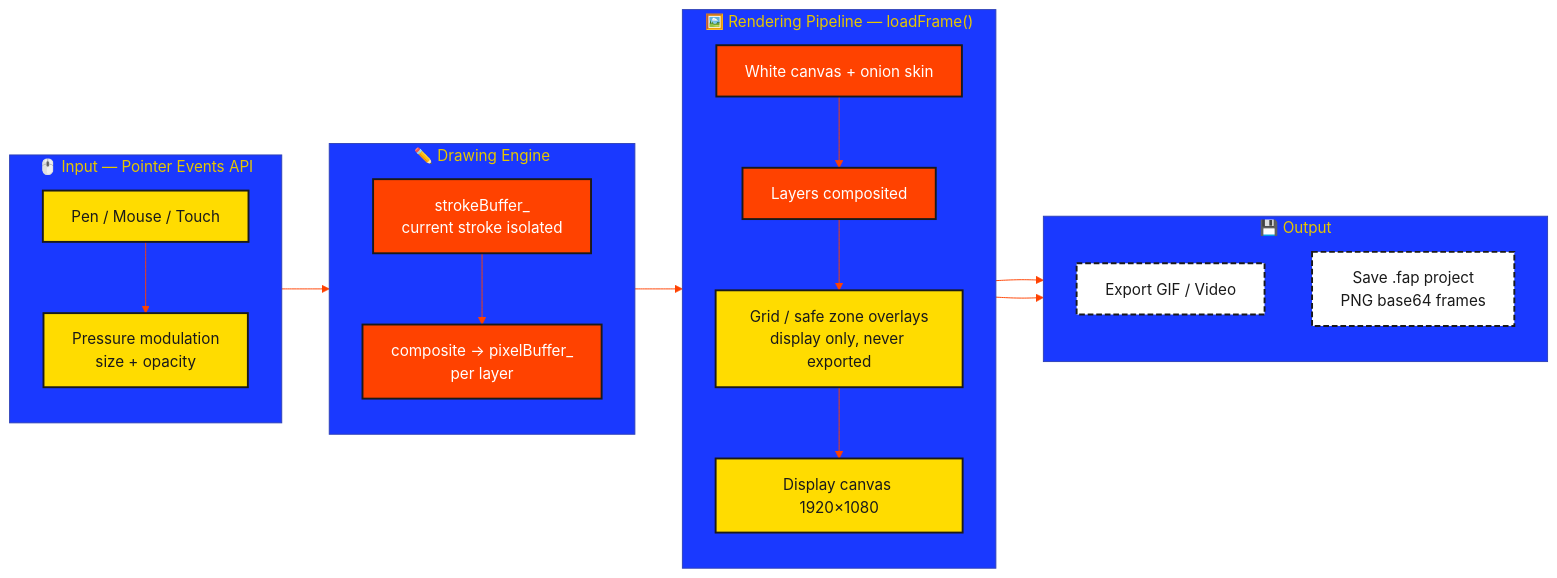
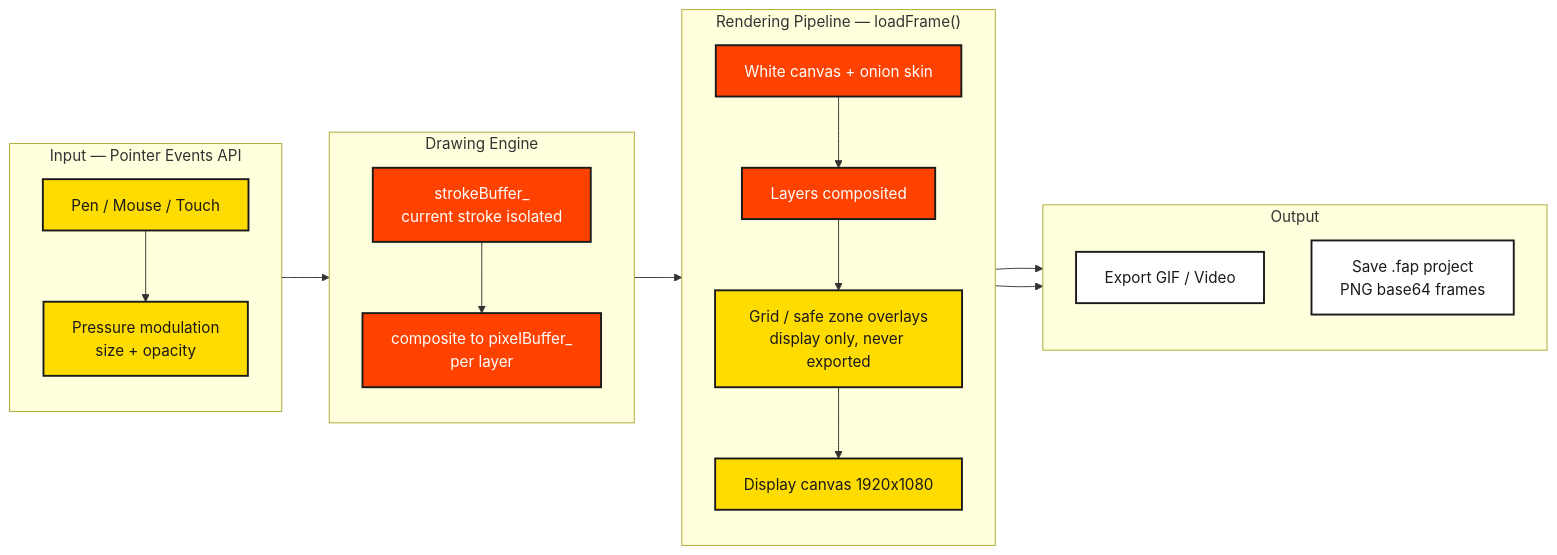
The diagram in README.md (freeanimationpower/FAP_PC_WEB_VERSION), drawn with Mermaid before and after one commit.

Commit message:
Fix mermaid syntax for GitHub renderer

````diff
--- a/README.md
+++ b/README.md
@@ -97,37 +97,36 @@
 ```mermaid
 flowchart LR
-%%{init: {'theme': 'base', 'themeVariables': {'primaryColor': '#ffdc00', 'primaryBorderColor': '#1a1a1a', 'primaryTextColor': '#1a1a1a', 'lineColor': '#ff4200', 'fontFamily': 'Segoe UI'}}}%%
     classDef ui fill:#ffdc00,stroke:#1a1a1a,color:#1a1a1a,stroke-width:2px;
     classDef engine fill:#ff4200,stroke:#1a1a1a,color:#ffffff,stroke-width:2px;
     classDef data fill:#1a1a1a,stroke:#ff4200,color:#ffffff,stroke-width:2px;
-    classDef ext fill:#ffffff,stroke:#1a1a1a,color:#1a1a1a,stroke-width:2px,stroke-dasharray:6 3;
-        subgraph IN["🖱️ Input — Pointer Events API"]
+    classDef ext fill:#ffffff,stroke:#1a1a1a,color:#1a1a1a,stroke-width:2px;
+        subgraph IN["Input — Pointer Events API"]
             direction TB
             PEN["Pen / Mouse / Touch"]
             PRS["Pressure modulation<br/>size + opacity"]
         end
-        subgraph DRAW["✏️ Drawing Engine"]
+        subgraph DRAW["Drawing Engine"]
             direction TB
             STB["strokeBuffer_<br/>current stroke isolated"]
-            CMP["composite → pixelBuffer_<br/>per layer"]
+            CMP["composite to pixelBuffer_<br/>per layer"]
         end
-        subgraph PIPE["🖼️ Rendering Pipeline — loadFrame()"]
+        subgraph PIPE["Rendering Pipeline — loadFrame()"]
             direction TB
             ONI["White canvas + onion skin"]
             LYR["Layers composited"]
             OVL["Grid / safe zone overlays<br/>display only, never exported"]
-            DSP["Display canvas 1920×1080"]
+            DSP["Display canvas 1920x1080"]
         end
-        subgraph IOF["💾 Output"]
+        subgraph IOF["Output"]
             direction TB
             EXP["Export GIF / Video"]
             SAV["Save .fap project<br/>PNG base64 frames"]
         end
         PEN --> PRS --> STB --> CMP --> ONI --> LYR --> OVL --> DSP
         DSP --> EXP
         DSP --> SAV
         class PEN,PRS ui
         class STB,CMP,ONI,LYR engine
         class OVL,DSP ui
         class EXP,SAV ext
 ```
````
